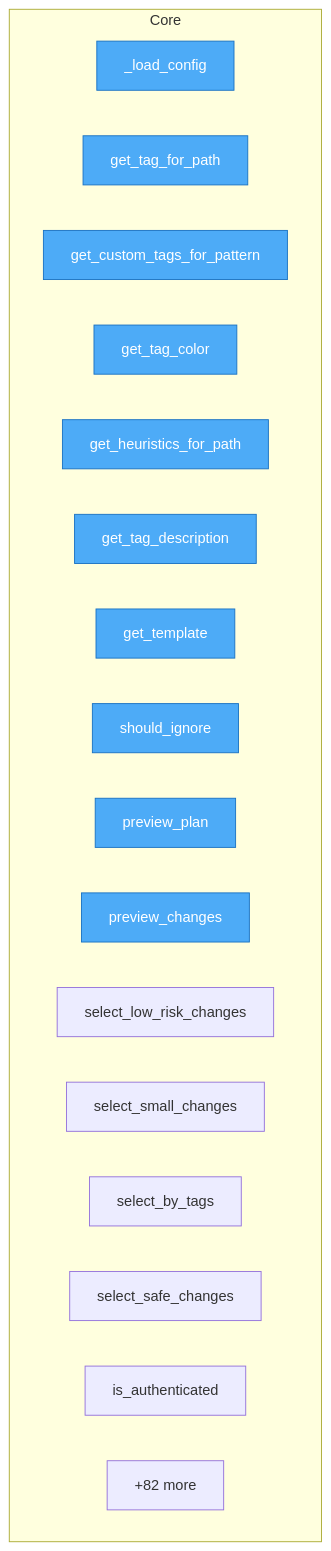
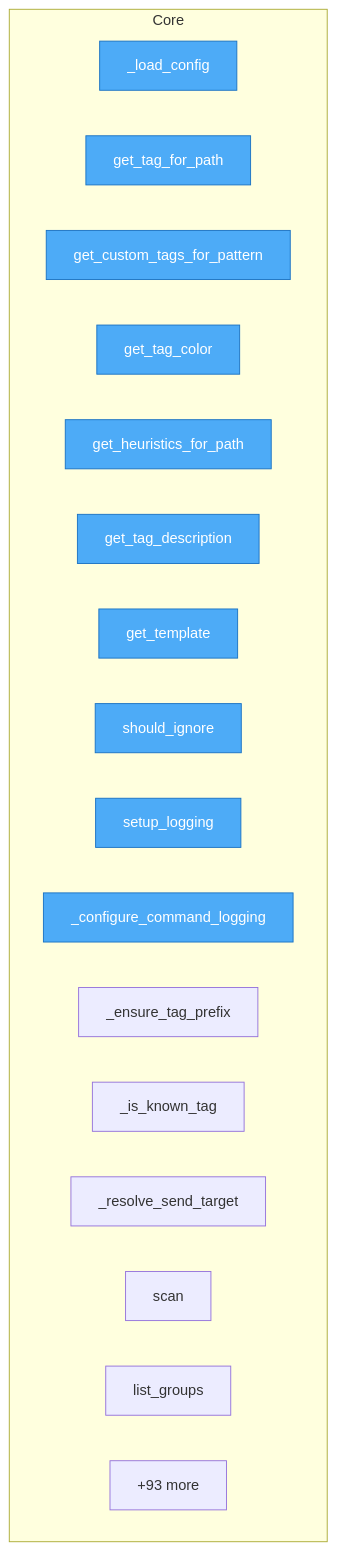
Before and after one commit to semcod/tagi: the diagram in project/flow.mmd, drawn with Mermaid. The commit also changed 31 other files, not shown here.

```diff
--- a/project/flow.mmd
+++ b/project/flow.mmd
@@ -1,26 +1,26 @@
 flowchart TD
-%% generated in 0.01s
+%% generated in 0.00s
 
     %% Entry points (blue)
     classDef entry fill:#4dabf7,stroke:#1971c2,color:#fff
 
     subgraph Core
         src__tagi__config__Config___load_config["_load_config"]
         src__tagi__config__Config__get_tag_for_path["get_tag_for_path"]
         src__tagi__config__Config__get_custom_tags_for_pattern["get_custom_tags_for_pattern"]
         src__tagi__config__Config__get_tag_color["get_tag_color"]
         src__tagi__config__Config__get_heuristics_for_path["get_heuristics_for_path"]
         src__tagi__config__Config__get_tag_description["get_tag_description"]
         src__tagi__config__Config__get_template["get_template"]
         src__tagi__config__Config__should_ignore["should_ignore"]
-        src__tagi__planner__preview__preview_plan["preview_plan"]
-        src__tagi__planner__preview__preview_changes["preview_changes"]
-        src__tagi__planner__selector__select_low_risk_changes["select_low_risk_changes"]
-        src__tagi__planner__selector__select_small_changes["select_small_changes"]
-        src__tagi__planner__selector__select_by_tags["select_by_tags"]
-        src__tagi__planner__selector__select_safe_changes["select_safe_changes"]
-        src__tagi__providers__base__BaseProvider__is_authenticated["is_authenticated"]
-        ...["+82 more"]
+        src__tagi__cli__setup_logging["setup_logging"]
+        src__tagi__cli___configure_command_logging["_configure_command_logging"]
+        src__tagi__cli___ensure_tag_prefix["_ensure_tag_prefix"]
+        src__tagi__cli___is_known_tag["_is_known_tag"]
+        src__tagi__cli___resolve_send_target["_resolve_send_target"]
+        src__tagi__cli__scan["scan"]
+        src__tagi__cli__list_groups["list_groups"]
+        ...["+93 more"]
     end
 
-    class src__tagi__config__Config___load_config,src__tagi__config__Config__get_tag_for_path,src__tagi__config__Config__get_custom_tags_for_pattern,src__tagi__config__Config__get_tag_color,src__tagi__config__Config__get_heuristics_for_path,src__tagi__config__Config__get_tag_description,src__tagi__config__Config__get_template,src__tagi__config__Config__should_ignore,src__tagi__planner__preview__preview_plan,src__tagi__planner__preview__preview_changes entry
+    class src__tagi__config__Config___load_config,src__tagi__config__Config__get_tag_for_path,src__tagi__config__Config__get_custom_tags_for_pattern,src__tagi__config__Config__get_tag_color,src__tagi__config__Config__get_heuristics_for_path,src__tagi__config__Config__get_tag_description,src__tagi__config__Config__get_template,src__tagi__config__Config__should_ignore,src__tagi__cli__setup_logging,src__tagi__cli___configure_command_logging entry
```
